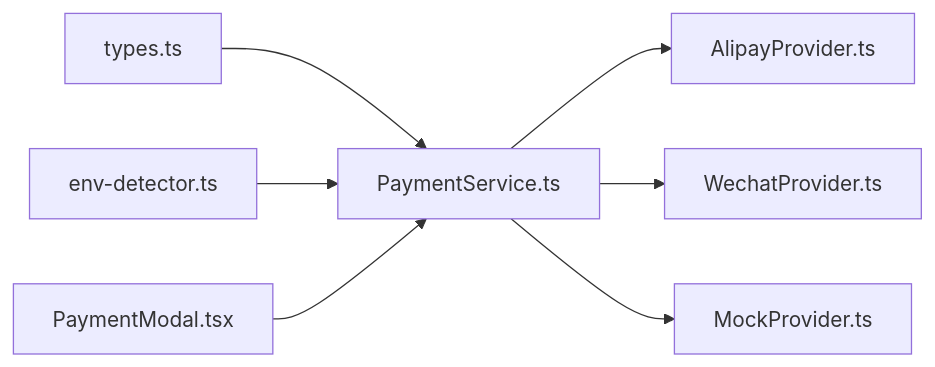
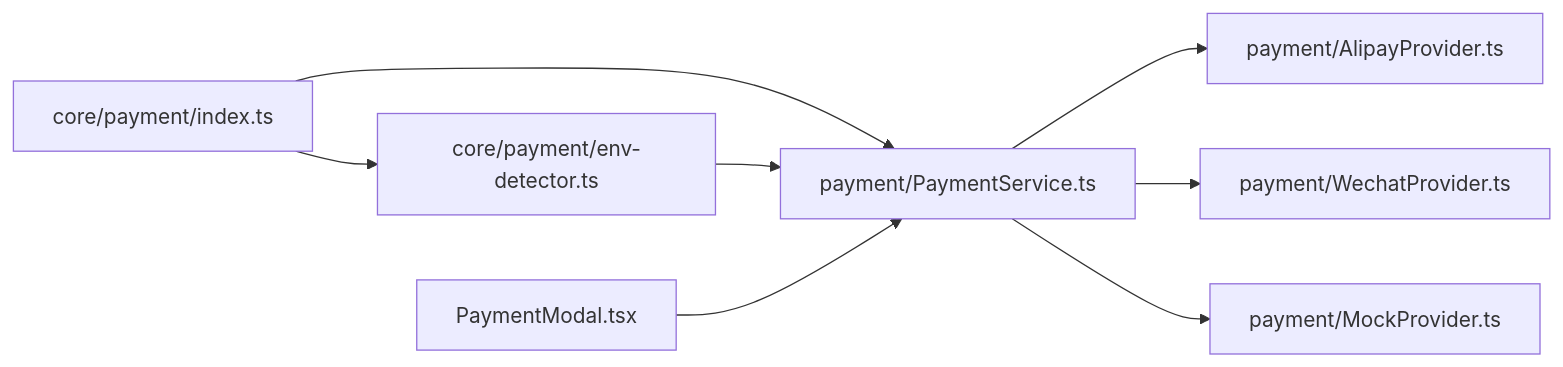
The fourth of 4 diagrams in .qoder/repowiki/zh/content/架构设计/支付服务架构.md (Hu-Right/supply-os), drawn with Mermaid before and after one commit. The commit also changed other lines of this file and 39 other files, not shown here.

````diff
--- a/.qoder/repowiki/zh/content/架构设计/支付服务架构.md
+++ b/.qoder/repowiki/zh/content/架构设计/支付服务架构.md
@@ -268,9 +297,10 @@
 ```mermaid
 graph LR
-Types["types.ts"] --> Service["PaymentService.ts"]
-Env["env-detector.ts"] --> Service
-Service --> Alipay["AlipayProvider.ts"]
-Service --> Wechat["WechatProvider.ts"]
-Service --> Mock["MockProvider.ts"]
+CoreIndex["core/payment/index.ts"] --> EnvDetector["core/payment/env-detector.ts"]
+CoreIndex --> Service["payment/PaymentService.ts"]
+EnvDetector --> Service
+Service --> Alipay["payment/AlipayProvider.ts"]
+Service --> Wechat["payment/WechatProvider.ts"]
+Service --> Mock["payment/MockProvider.ts"]
 UI["PaymentModal.tsx"] --> Service
 ```
````
